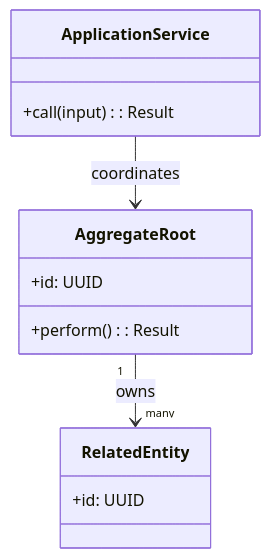
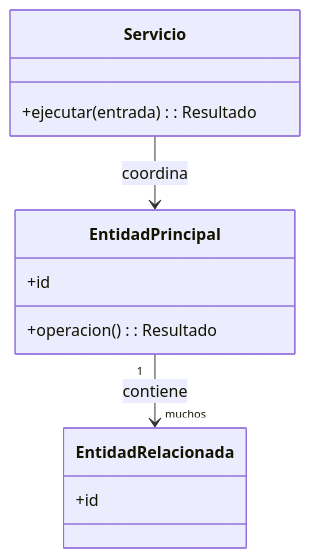
The first of 2 diagrams in .agents/skills/01-product/create-prd/PRD_TEMPLATE.md (xampo848/fhh-ia-ecosystem-workflow-kit), drawn with Mermaid before and after one commit. The commit also changed other lines of this file and 66 other files, not shown here.

````diff
--- a/.agents/skills/01-product/create-prd/PRD_TEMPLATE.md
+++ b/.agents/skills/01-product/create-prd/PRD_TEMPLATE.md
@@ -123,16 +123,16 @@
 ```mermaid
 classDiagram
-  class AggregateRoot {
-    +id: UUID
-    +perform(): Result
+  class EntidadPrincipal {
+    +id
+    +operacion(): Resultado
   }
-  class RelatedEntity {
-    +id: UUID
+  class EntidadRelacionada {
+    +id
   }
-  class ApplicationService {
-    +call(input): Result
+  class Servicio {
+    +ejecutar(entrada): Resultado
   }
 
-  AggregateRoot "1" --> "many" RelatedEntity : owns
-  ApplicationService --> AggregateRoot : coordinates
+  EntidadPrincipal "1" --> "muchos" EntidadRelacionada : contiene
+  Servicio --> EntidadPrincipal : coordina
 ```
````
